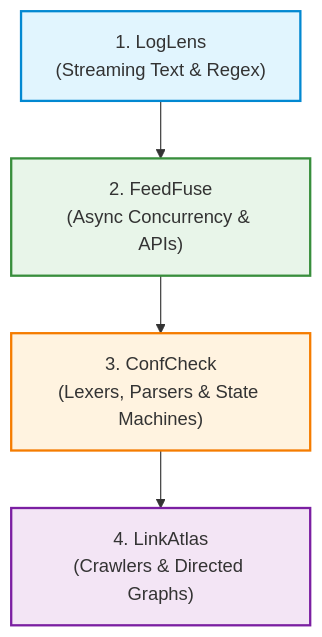
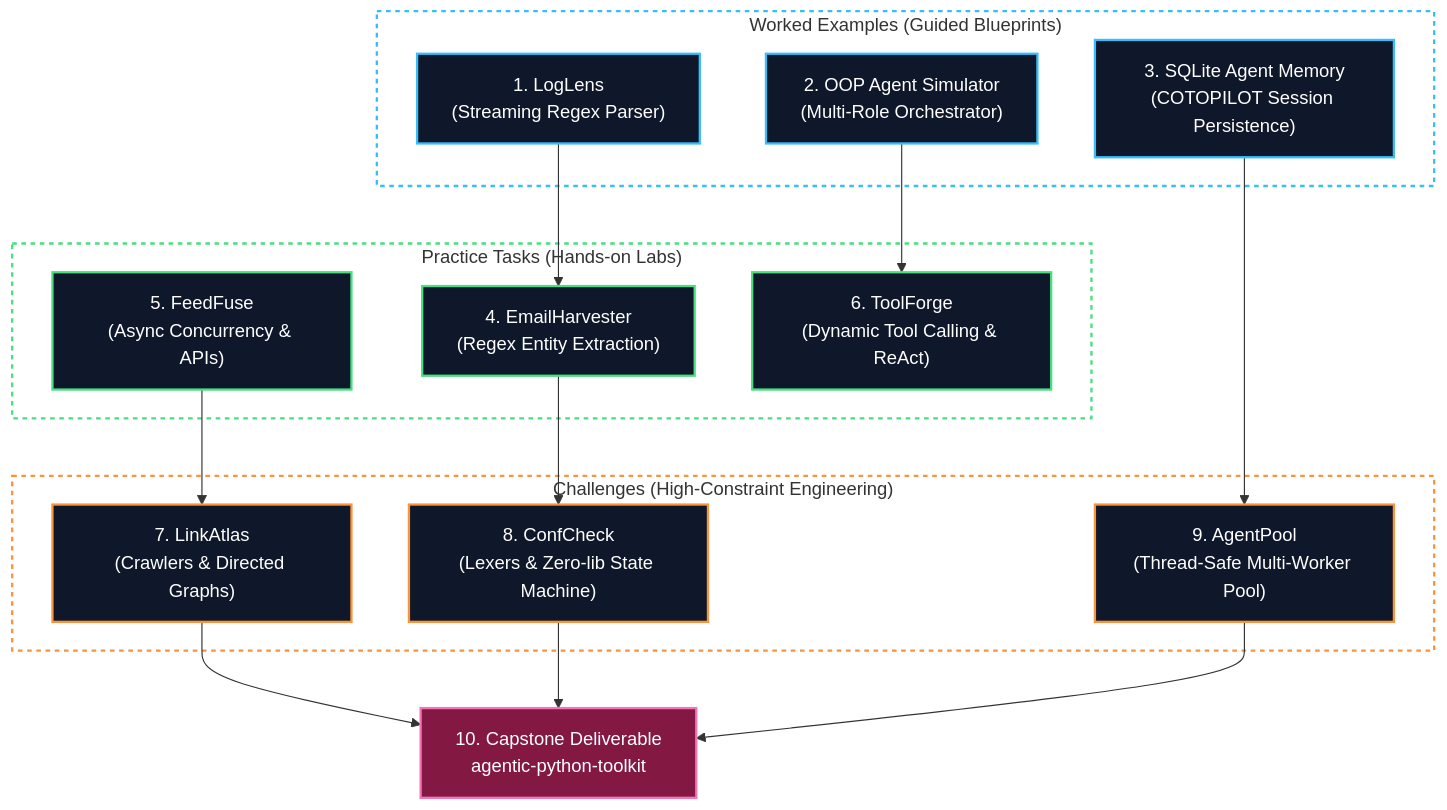
Before and after one commit to shah541-g/Agentic-AI: the diagram in 1- PY4E/PROJECTS_LEARNING_GUIDE.md, drawn with Mermaid. The commit also changed other lines of this file and 70 other files, not shown here.

````diff
--- a/1- PY4E/PROJECTS_LEARNING_GUIDE.md
+++ b/1- PY4E/PROJECTS_LEARNING_GUIDE.md
@@ -11,11 +11,47 @@
 ```mermaid
 flowchart TD
-    P1["1. LogLens\n(Streaming Text & Regex)"] --> P2["2. FeedFuse\n(Async Concurrency & APIs)"]
-    P2 --> P3["3. ConfCheck\n(Lexers, Parsers & State Machines)"]
-    P3 --> P4["4. LinkAtlas\n(Crawlers & Directed Graphs)"]
+    subgraph WE["Worked Examples (Guided Blueprints)"]
+        WE1["1. LogLens\n(Streaming Regex Parser)"]
+        WE2["2. OOP Agent Simulator\n(Multi-Role Orchestrator)"]
+        WE3["3. SQLite Agent Memory\n(COTOPILOT Session Persistence)"]
+    end
 
-    style P1 fill:#e1f5fe,stroke:#0288d1,stroke-width:2px
-    style P2 fill:#e8f5e9,stroke:#388e3c,stroke-width:2px
-    style P3 fill:#fff3e0,stroke:#f57c00,stroke-width:2px
-    style P4 fill:#f3e5f5,stroke:#7b1fa2,stroke-width:2px
+    subgraph PT["Practice Tasks (Hands-on Labs)"]
+        PT1["4. EmailHarvester\n(Regex Entity Extraction)"]
+        PT2["5. FeedFuse\n(Async Concurrency & APIs)"]
+        PT3["6. ToolForge\n(Dynamic Tool Calling & ReAct)"]
+    end
+
+    subgraph CH["Challenges (High-Constraint Engineering)"]
+        CH1["7. LinkAtlas\n(Crawlers & Directed Graphs)"]
+        CH2["8. ConfCheck\n(Lexers & Zero-lib State Machine)"]
+        CH3["9. AgentPool\n(Thread-Safe Multi-Worker Pool)"]
+    end
+
+    WE1 --> PT1
+    WE2 --> PT3
+    WE3 --> CH3
+    PT1 --> CH2
+    PT2 --> CH1
+    CH1 --> Capstone["10. Capstone Deliverable\nagentic-python-toolkit"]
+    CH2 --> Capstone
+    CH3 --> Capstone
+
+    style WE fill:none,stroke:#38bdf8,stroke-width:2px,stroke-dasharray: 4 4
+    style PT fill:none,stroke:#4ade80,stroke-width:2px,stroke-dasharray: 4 4
+    style CH fill:none,stroke:#fb923c,stroke-width:2px,stroke-dasharray: 4 4
+
+    style WE1 fill:#0f172a,stroke:#38bdf8,stroke-width:2px,color:#ffffff
+    style WE2 fill:#0f172a,stroke:#38bdf8,stroke-width:2px,color:#ffffff
+    style WE3 fill:#0f172a,stroke:#38bdf8,stroke-width:2px,color:#ffffff
+
+    style PT1 fill:#0f172a,stroke:#4ade80,stroke-width:2px,color:#ffffff
+    style PT2 fill:#0f172a,stroke:#4ade80,stroke-width:2px,color:#ffffff
+    style PT3 fill:#0f172a,stroke:#4ade80,stroke-width:2px,color:#ffffff
+
+    style CH1 fill:#0f172a,stroke:#fb923c,stroke-width:2px,color:#ffffff
+    style CH2 fill:#0f172a,stroke:#fb923c,stroke-width:2px,color:#ffffff
+    style CH3 fill:#0f172a,stroke:#fb923c,stroke-width:2px,color:#ffffff
+
+    style Capstone fill:#831843,stroke:#f472b6,stroke-width:2px,color:#ffffff
 ```
````
